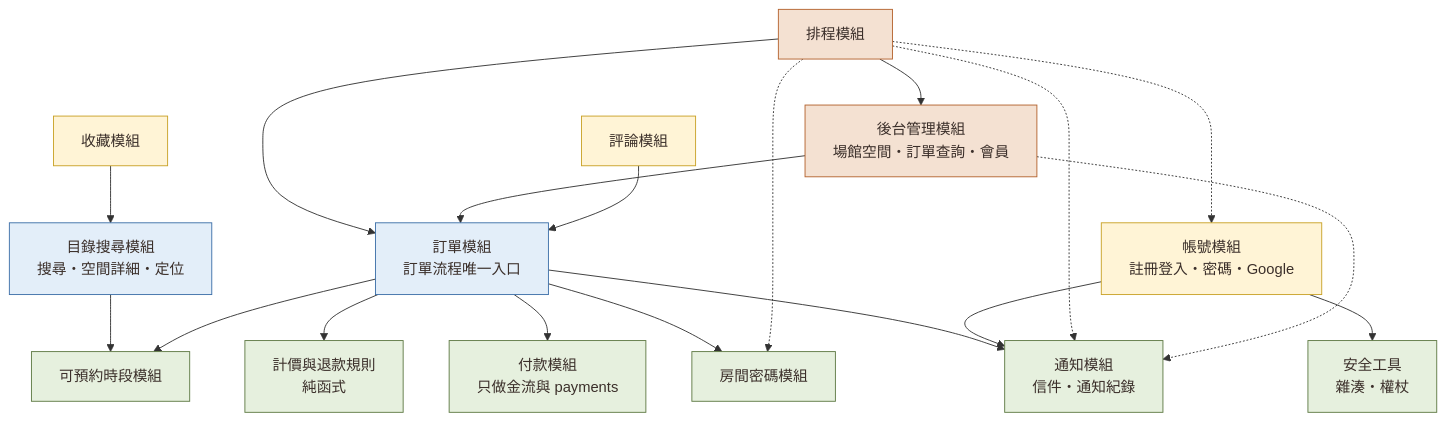
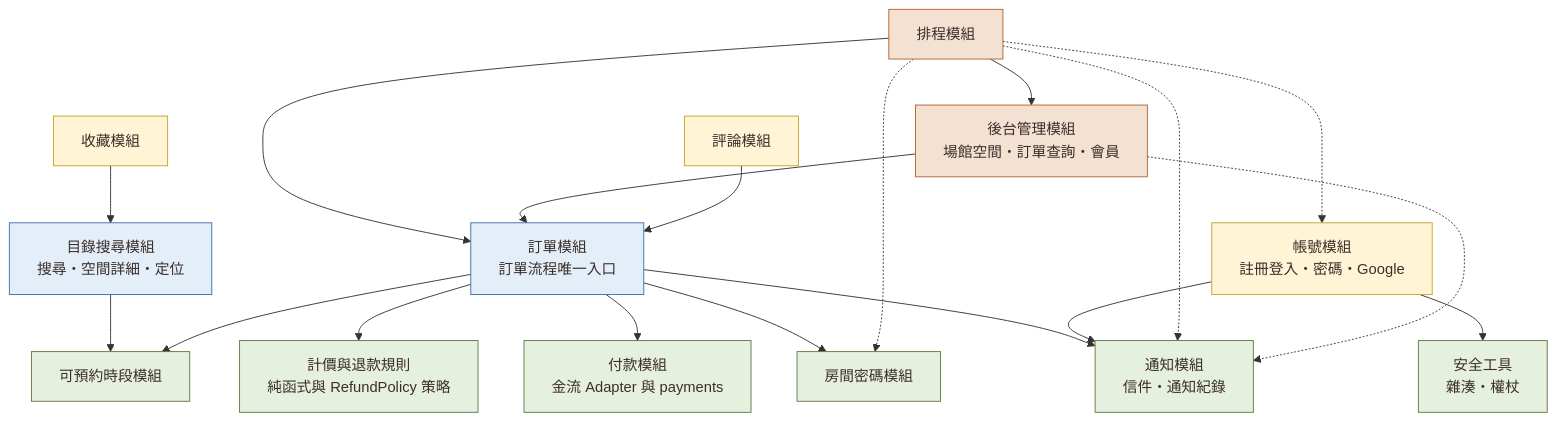
Before and after one commit to mason45ok/NCU_Sofware_Eng: the third of 21 diagrams in BMAD/docs/設計圖_邏輯設計與細部設計.md, drawn with Mermaid. The commit also changed other lines of this file and 9 other files, not shown here.

First line of the commit message:
docs: 同步第四層重構（ARCHITECTURE、設計圖與 PNG、AI 使用紀錄）

````diff
--- a/BMAD/docs/設計圖_邏輯設計與細部設計.md
+++ b/BMAD/docs/設計圖_邏輯設計與細部設計.md
@@ -110,43 +110,43 @@
 ```mermaid
 flowchart TB
     JOB[排程模組]
     ADM[後台管理模組<br/>場館空間・訂單查詢・會員]
     REV[評論模組]
     FAV[收藏模組]
     AUTH[帳號模組<br/>註冊登入・密碼・Google]
     CAT[目錄搜尋模組<br/>搜尋・空間詳細・定位]
     BKG[訂單模組<br/>訂單流程唯一入口]
     AVL[可預約時段模組]
-    POL[計價與退款規則<br/>純函式]
-    PAY[付款模組<br/>只做金流與 payments]
+    POL[計價與退款規則<br/>純函式與 RefundPolicy 策略]
+    PAY[付款模組<br/>金流 Adapter 與 payments]
     ACC[房間密碼模組]
     NTF[通知模組<br/>信件・通知紀錄]
     SEC[安全工具<br/>雜湊・權杖]
 
     JOB --> ADM
     JOB --> BKG
     ADM --> BKG
     REV --> BKG
     FAV --> CAT
     CAT --> AVL
     BKG --> AVL
     BKG --> POL
     BKG --> PAY
     BKG --> ACC
     BKG --> NTF
     AUTH --> NTF
     AUTH --> SEC
     JOB -.-> AUTH
     JOB -.-> ACC
     JOB -.-> NTF
     ADM -.-> NTF
 
     classDef t1 fill:#F4E1D2,stroke:#B4632E,color:#3B2F2A
     classDef t2 fill:#FFF4D6,stroke:#C9A227,color:#3B2F2A
     classDef t3 fill:#E3EEF9,stroke:#3D6FA8,color:#3B2F2A
     classDef t4 fill:#E6F0DE,stroke:#5F7A45,color:#3B2F2A
     class ADM,JOB t1
     class REV,FAV,AUTH t2
     class CAT,BKG t3
     class AVL,POL,PAY,ACC,NTF,SEC t4
 ```
````
